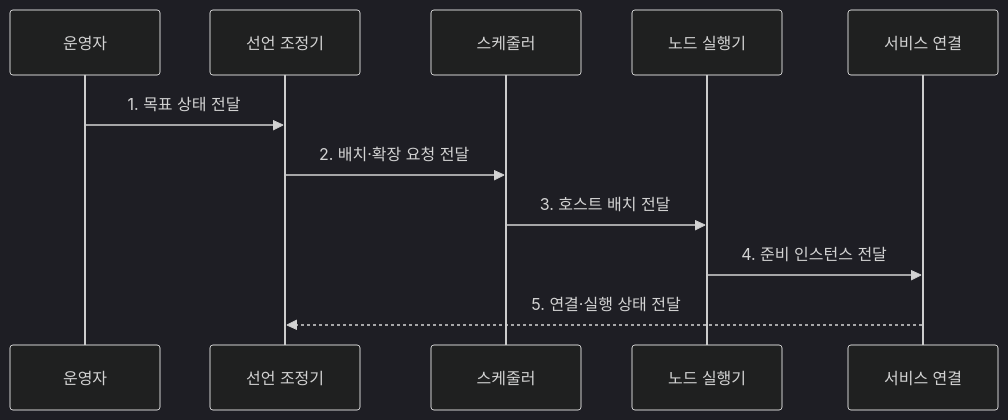
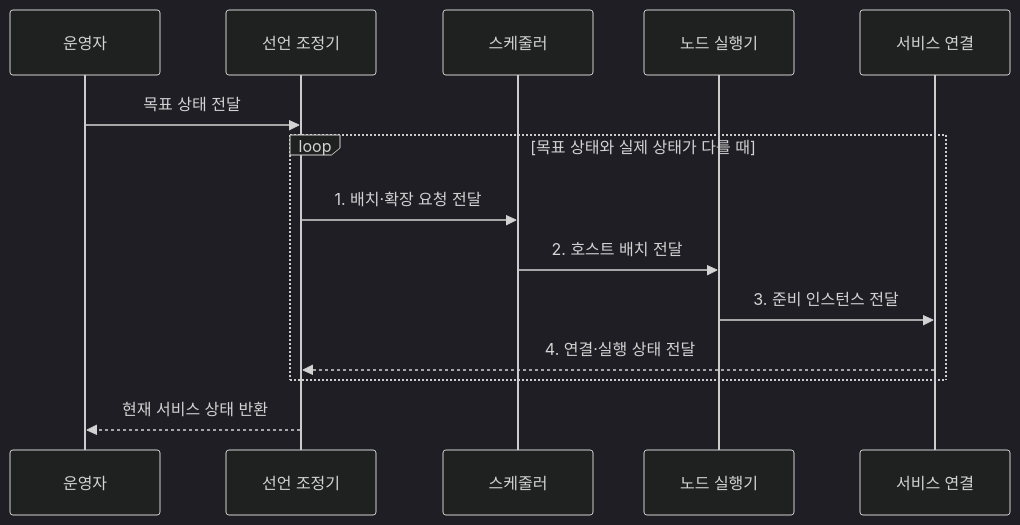
The second of 2 diagrams in src/content/docs/notes/08-latest-tech/159_container_orchestration.md (agnusdei1207/knowledge-base), drawn with Mermaid (dark theme) before and after one commit. The commit also changed other lines of this file and 225 other files, not shown here.

````diff
--- a/src/content/docs/notes/08-latest-tech/159_container_orchestration.md
+++ b/src/content/docs/notes/08-latest-tech/159_container_orchestration.md
@@ -78,13 +78,16 @@
 ```mermaid
 sequenceDiagram
     participant U as 운영자
     participant R as 선언 조정기
     participant S as 스케줄러
     participant N as 노드 실행기
     participant D as 서비스 연결
-    U->>R: 1. 목표 상태 전달
-    R->>S: 2. 배치·확장 요청 전달
-    S->>N: 3. 호스트 배치 전달
-    N->>D: 4. 준비 인스턴스 전달
-    D-->>R: 5. 연결·실행 상태 전달
+    U->>R: 목표 상태 전달
+    loop 목표 상태와 실제 상태가 다를 때
+        R->>S: 1. 배치·확장 요청 전달
+        S->>N: 2. 호스트 배치 전달
+        N->>D: 3. 준비 인스턴스 전달
+        D-->>R: 4. 연결·실행 상태 전달
+    end
+    R-->>U: 현재 서비스 상태 반환
 ```
````
